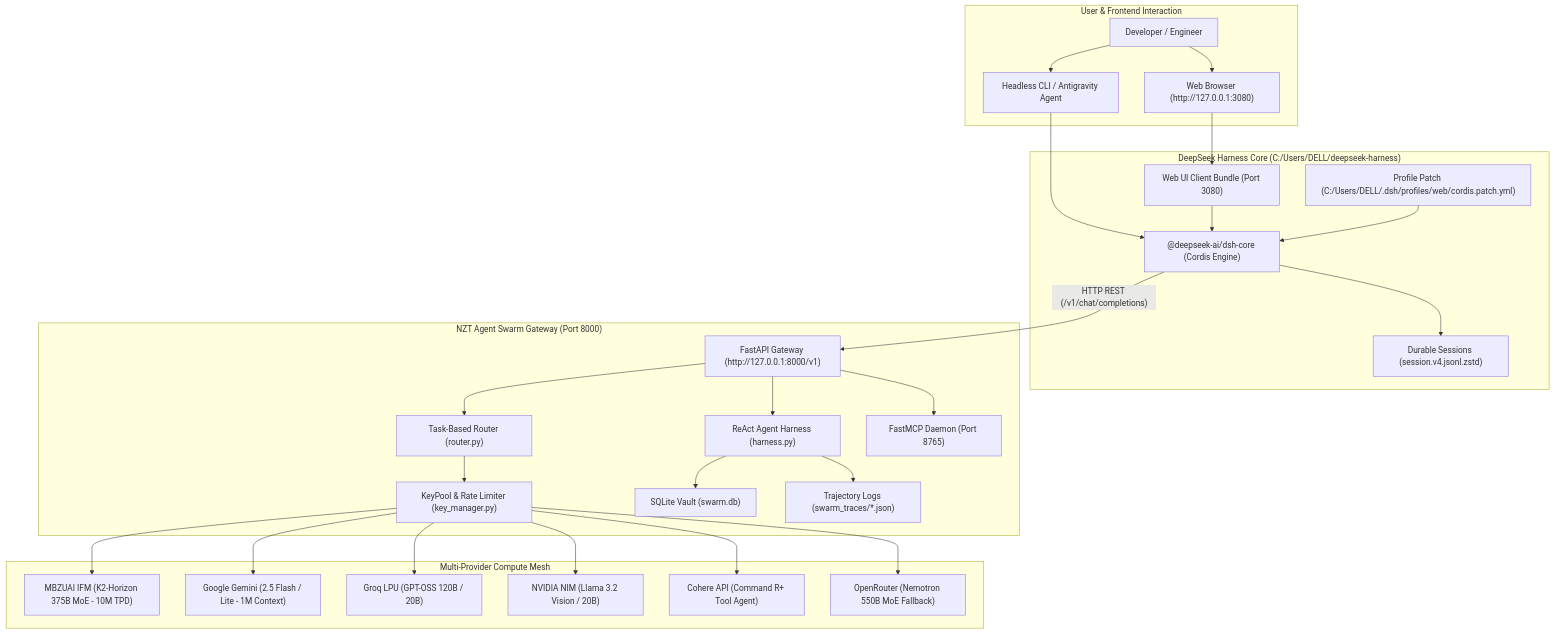
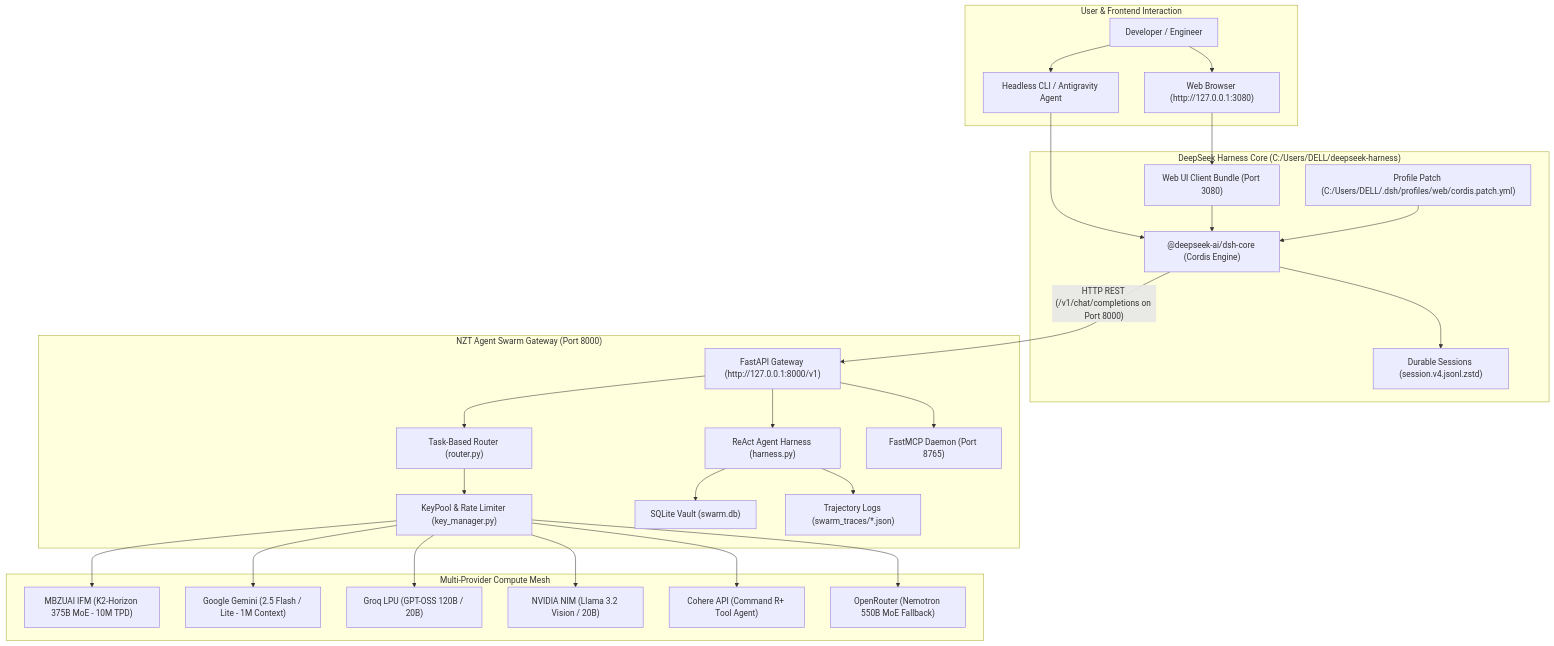
One commit to Ri5hiPrajapati/Deepseek-harness_NZT-Agent-swarm_free-compute changed the diagram in SOP_DeepSeek_Harness_NZT_Swarm_Integration.md. Above: the diagram before and after it, drawn with Mermaid. The commit also changed other lines of this file, not shown here.

Commit message:
docs: update SOP to v2.5.0 with Indra OCR engine and port connection guide

````diff
--- a/SOP_DeepSeek_Harness_NZT_Swarm_Integration.md
+++ b/SOP_DeepSeek_Harness_NZT_Swarm_Integration.md
@@ -57,57 +57,57 @@
 ```mermaid
 flowchart TD
     subgraph UI ["User & Frontend Interaction"]
         User["Developer / Engineer"]
         Browser["Web Browser (http://127.0.0.1:3080)"]
         CLI["Headless CLI / Antigravity Agent"]
         User --> Browser
         User --> CLI
     end
 
     subgraph DSH ["DeepSeek Harness Core (C:/Users/DELL/deepseek-harness)"]
         DSHCore["@deepseek-ai/dsh-core (Cordis Engine)"]
         DSHWeb["Web UI Client Bundle (Port 3080)"]
         DSHPatch["Profile Patch (C:/Users/DELL/.dsh/profiles/web/cordis.patch.yml)"]
         DSHSessions["Durable Sessions (session.v4.jsonl.zstd)"]
         Browser --> DSHWeb
         CLI --> DSHCore
         DSHWeb --> DSHCore
         DSHPatch --> DSHCore
         DSHCore --> DSHSessions
     end
 
     subgraph Swarm ["NZT Agent Swarm Gateway (Port 8000)"]
         Gateway["FastAPI Gateway (http://127.0.0.1:8000/v1)"]
         Router["Task-Based Router (router.py)"]
         KeyPool["KeyPool & Rate Limiter (key_manager.py)"]
         ReAct["ReAct Agent Harness (harness.py)"]
         FastMCP["FastMCP Daemon (Port 8765)"]
         SQLite["SQLite Vault (swarm.db)"]
         Traces["Trajectory Logs (swarm_traces/*.json)"]
 
         Gateway --> Router
         Router --> KeyPool
         Gateway --> ReAct
         Gateway --> FastMCP
         ReAct --> SQLite
         ReAct --> Traces
     end
 
     subgraph Providers ["Multi-Provider Compute Mesh"]
         IFM["MBZUAI IFM (K2-Horizon 375B MoE - 10M TPD)"]
         Gemini["Google Gemini (2.5 Flash / Lite - 1M Context)"]
         Groq["Groq LPU (GPT-OSS 120B / 20B)"]
         NVIDIA["NVIDIA NIM (Llama 3.2 Vision / 20B)"]
         Cohere["Cohere API (Command R+ Tool Agent)"]
         OpenRouter["OpenRouter (Nemotron 550B MoE Fallback)"]
 
         KeyPool --> IFM
         KeyPool --> Gemini
         KeyPool --> Groq
         KeyPool --> NVIDIA
         KeyPool --> Cohere
         KeyPool --> OpenRouter
     end
 
-    DSHCore -- "HTTP REST (/v1/chat/completions)" --> Gateway
+    DSHCore -- "HTTP REST (/v1/chat/completions on Port 8000)" --> Gateway
 ```
````
